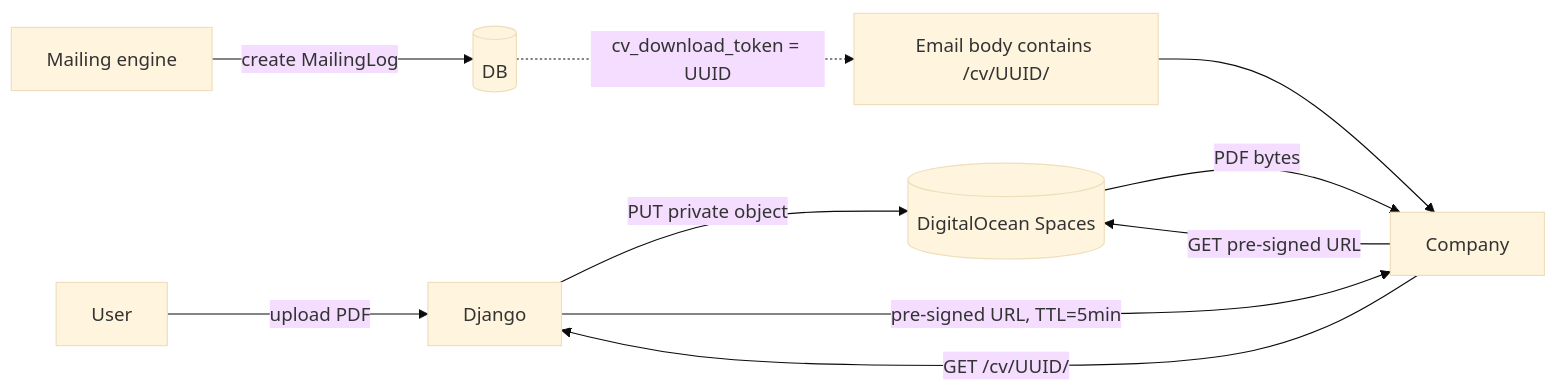
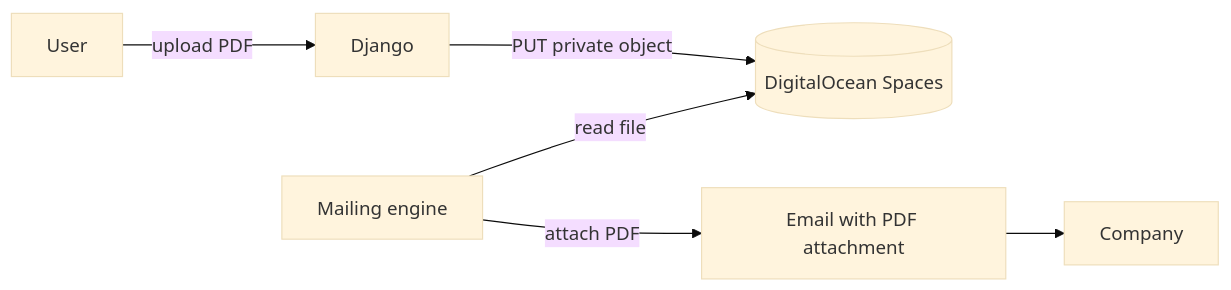
The diagram in docs/features/cv-management.md (darideveloper/fastjob), drawn with Mermaid (base theme) before and after one commit. The commit also changed other lines of this file and 9 other files, not shown here.

````diff
--- a/docs/features/cv-management.md
+++ b/docs/features/cv-management.md
@@ -9,12 +9,8 @@
 ```mermaid
 flowchart LR
     User -->|upload PDF| Django
     Django -->|PUT private object| Spaces[(DigitalOcean Spaces)]
-    Engine[Mailing engine] -->|create MailingLog| DB[(DB)]
-    DB -.cv_download_token = UUID.-> Email[Email body contains /cv/UUID/]
+    Engine[Mailing engine] -->|read file| Spaces
+    Engine -->|attach PDF| Email[Email with PDF attachment]
     Email --> Company
-    Company -->|GET /cv/UUID/| Django
-    Django -->|pre-signed URL, TTL=5min| Company
-    Company -->|GET pre-signed URL| Spaces
-    Spaces -->|PDF bytes| Company
 ```
````
